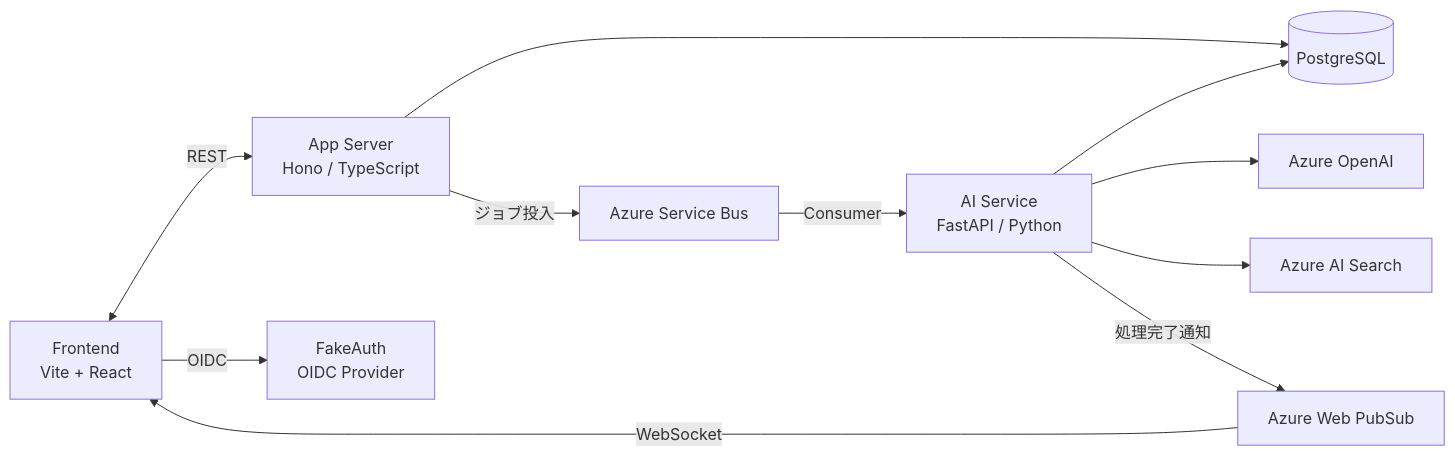
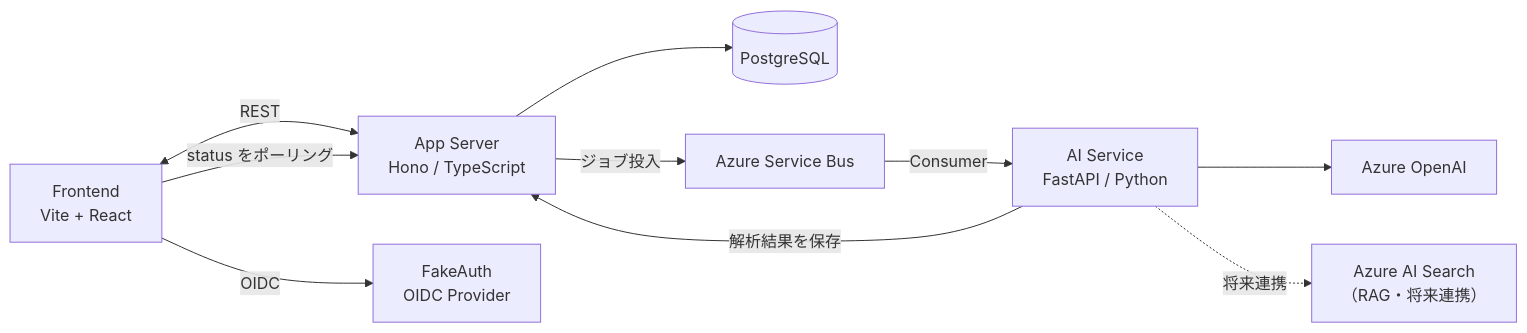
Before and after one commit to muds-ms-hackathon/microsoft-agent-hackathon-2026: the diagram in README.md, drawn with Mermaid. The commit also changed other lines of this file, not shown here.

Commit message:
docs: README を現状のアーキテクチャ・認証構成に同期する
#55 でプッシュ通知（WebSocket / Web PubSub）からポーリング方式へ移行した
以降の状態に README を合わせる。

- アーキテクチャ図から Web PubSub と WebSocket 経路を削除し、
  Frontend が analysisRun.status をポーリングする構成に修正
- AI Service の表記を「FastAPI + WebSocket」→「FastAPI」に修正
- 認証ミドルウェアが各 API ルートに適用済みである旨へ更新（旧「未適用」記述を削除）
- Node.js の前提バージョンを CI/デプロイに合わせて 22+ に更新
- Azure AI Search（RAG）は将来連携である旨を注記

````diff
--- a/README.md
+++ b/README.md
@@ -7,23 +7,21 @@
 ```mermaid
 flowchart LR
     FE["Frontend\nVite + React"]
     API["App Server\nHono / TypeScript"]
     AI["AI Service\nFastAPI / Python"]
     AUTH["FakeAuth\nOIDC Provider"]
     DB[(PostgreSQL)]
     SB[Azure Service Bus]
-    WP[Azure Web PubSub]
     OAI[Azure OpenAI]
-    AIS[Azure AI Search]
+    AIS["Azure AI Search\n（RAG・将来連携）"]
 
     FE <-->|REST| API
     FE -->|OIDC| AUTH
     API --> DB
     API -->|ジョブ投入| SB
     SB -->|Consumer| AI
     AI --> OAI
-    AI --> AIS
-    AI --> DB
-    AI -->|処理完了通知| WP
-    WP -->|WebSocket| FE
+    AI -.->|将来連携| AIS
+    AI -->|解析結果を保存| API
+    FE -->|status をポーリング| API
 ```
````
